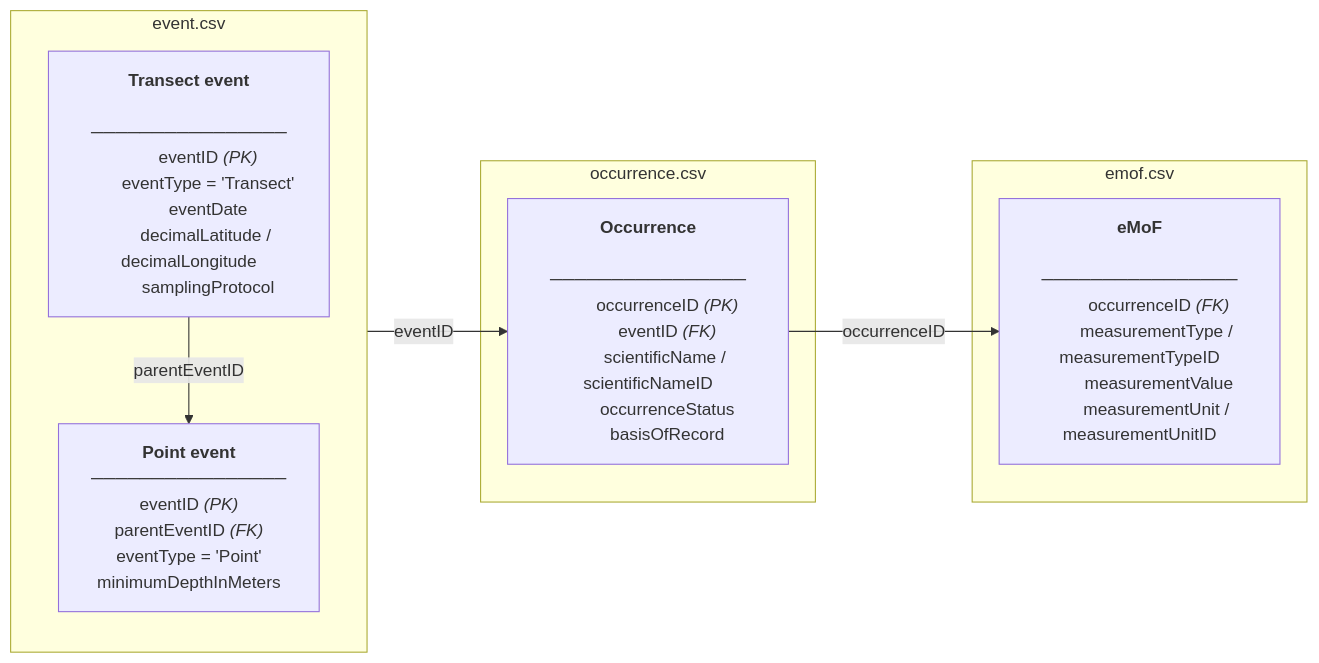
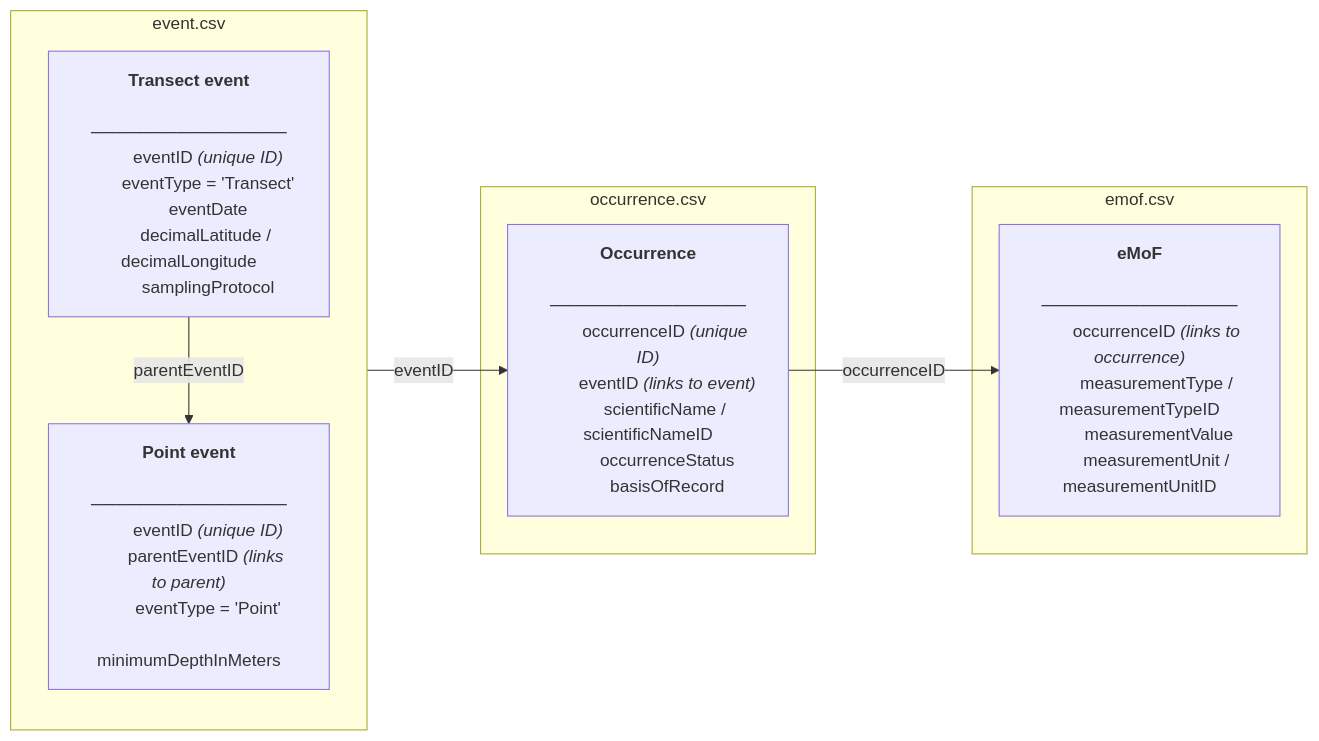
Before and after one commit to fawda123/obis-example: the diagram in README.md, drawn with Mermaid. The commit also changed other lines of this file, not shown here.

````diff
--- a/README.md
+++ b/README.md
@@ -9,44 +79,44 @@
 ```mermaid
 flowchart LR
     subgraph event.csv
         direction TB
         PE["<b>Transect event</b>
         ────────────────
-        eventID <i>(PK)</i>
+        eventID <i>(unique ID)</i>
         eventType = 'Transect'
         eventDate
         decimalLatitude / decimalLongitude
         samplingProtocol"]
 
         CE["<b>Point event</b>
         ────────────────
-        eventID <i>(PK)</i>
-        parentEventID <i>(FK)</i>
+        eventID <i>(unique ID)</i>
+        parentEventID <i>(links to parent)</i>
         eventType = 'Point'
         minimumDepthInMeters"]
 
         PE -->|parentEventID| CE
     end
 
     subgraph occurrence.csv
         OCC["<b>Occurrence</b>
         ────────────────
-        occurrenceID <i>(PK)</i>
-        eventID <i>(FK)</i>
+        occurrenceID <i>(unique ID)</i>
+        eventID <i>(links to event)</i>
         scientificName / scientificNameID
         occurrenceStatus
         basisOfRecord"]
     end
 
     subgraph emof.csv
         EMOF["<b>eMoF</b>
         ────────────────
-        occurrenceID <i>(FK)</i>
+        occurrenceID <i>(links to occurrence)</i>
         measurementType / measurementTypeID
         measurementValue
         measurementUnit / measurementUnitID"]
     end
 
     CE -->|eventID| OCC
     OCC -->|occurrenceID| EMOF
 ```
````
